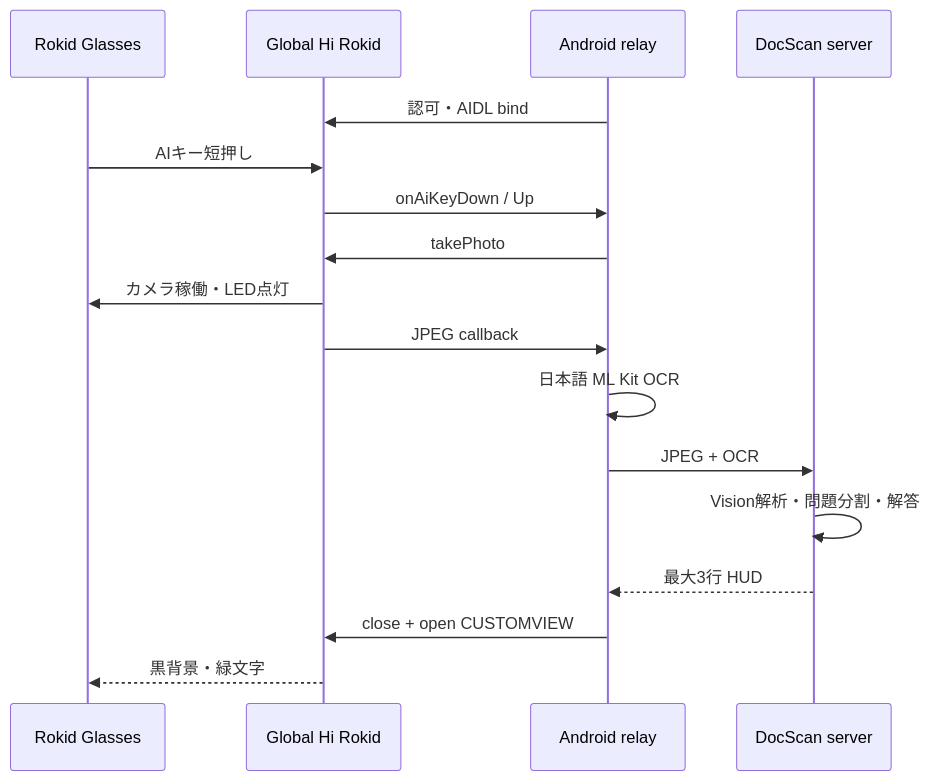
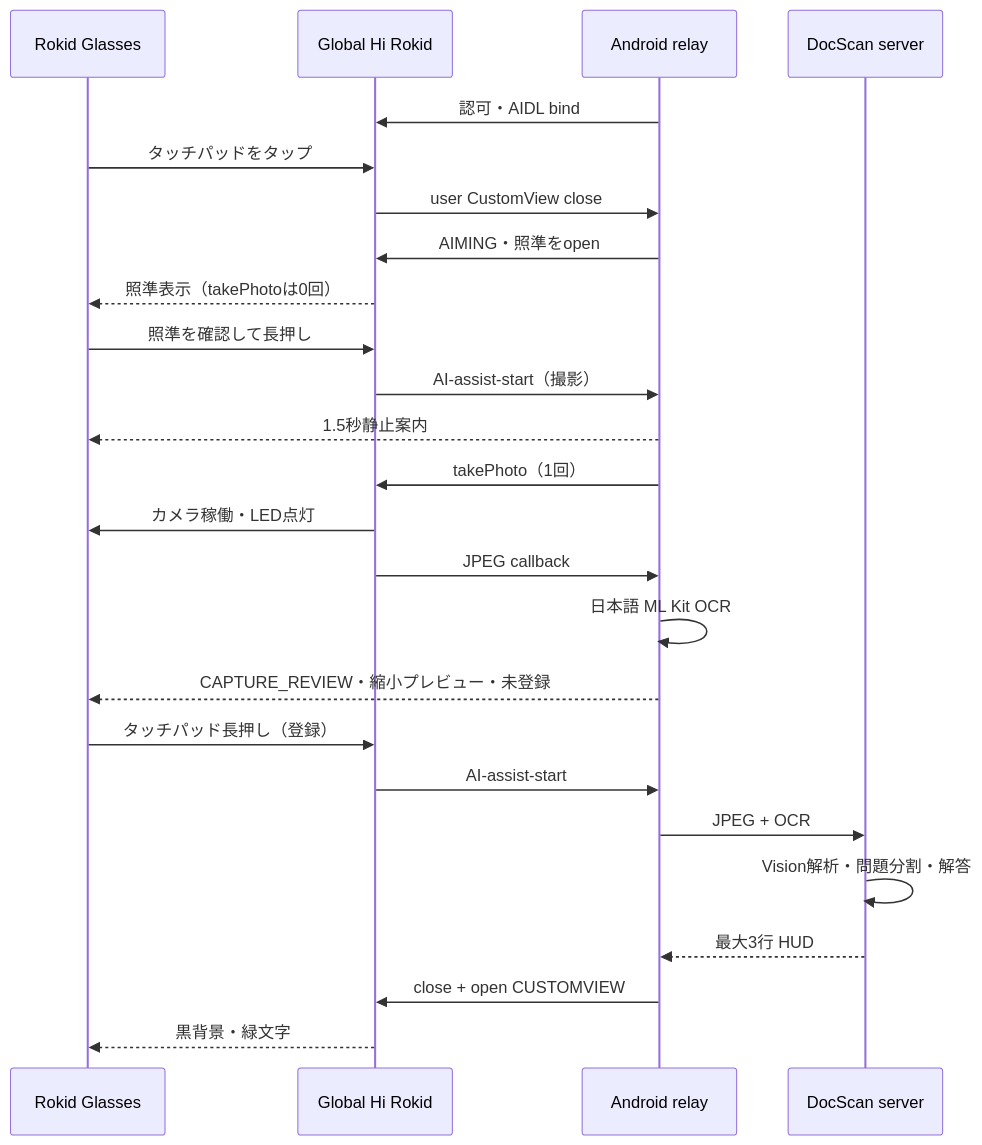
Before and after one commit to TroroOrosi/rokid-docscan-starter: the diagram in docs/cxr-l-integration.md, drawn with Mermaid. The commit also changed other lines of this file and 36 other files, not shown here.

````diff
--- a/docs/cxr-l-integration.md
+++ b/docs/cxr-l-integration.md
@@ -41,20 +43,28 @@
 ```mermaid
 sequenceDiagram
     participant G as Rokid Glasses
     participant H as Global Hi Rokid
     participant R as Android relay
     participant S as DocScan server
 
     R->>H: 認可・AIDL bind
-    G->>H: AIキー短押し
-    H->>R: onAiKeyDown / Up
-    R->>H: takePhoto
+    G->>H: タッチパッドをタップ
+    H->>R: user CustomView close
+    R->>H: AIMING・照準をopen
+    H-->>G: 照準表示（takePhotoは0回）
+    G->>H: 照準を確認して長押し
+    H->>R: AI-assist-start（撮影）
+    R-->>G: 1.5秒静止案内
+    R->>H: takePhoto（1回）
     H->>G: カメラ稼働・LED点灯
     H->>R: JPEG callback
     R->>R: 日本語 ML Kit OCR
+    R-->>G: CAPTURE_REVIEW・縮小プレビュー・未登録
+    G->>H: タッチパッド長押し（登録）
+    H->>R: AI-assist-start
     R->>S: JPEG + OCR
     S->>S: Vision解析・問題分割・解答
     S-->>R: 最大3行 HUD
     R->>H: close + open CUSTOMVIEW
     H-->>G: 黒背景・緑文字
 ```
````
